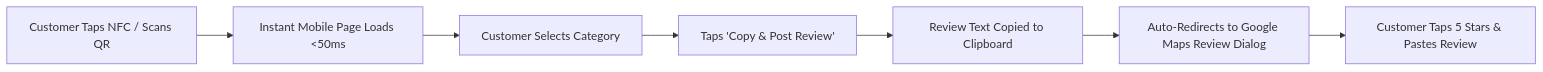
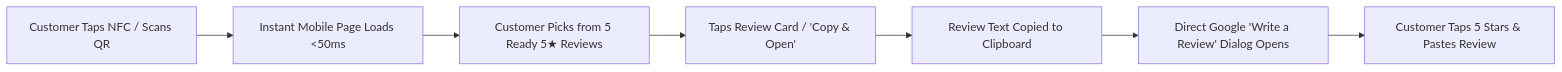
The diagram in README.md (Nikhil-Verma22/auto_review), drawn with Mermaid before and after one commit. The commit also changed other lines of this file and 7 other files, not shown here.

Commit message:
feat: universal Google Maps review link generator on standee and 5 curated ready comments

````diff
--- a/README.md
+++ b/README.md
@@ -34,9 +34,9 @@
 ```mermaid
 graph LR
     A[Customer Taps NFC / Scans QR] --> B[Instant Mobile Page Loads <50ms]
-    B --> C[Customer Selects Category]
-    C --> D[Taps 'Copy & Post Review']
+    B --> C[Customer Picks from 5 Ready 5★ Reviews]
+    C --> D[Taps Review Card / 'Copy & Open']
     D --> E[Review Text Copied to Clipboard]
-    E --> F[Auto-Redirects to Google Maps Review Dialog]
+    E --> F[Direct Google 'Write a Review' Dialog Opens]
     F --> G[Customer Taps 5 Stars & Pastes Review]
 ```
````
